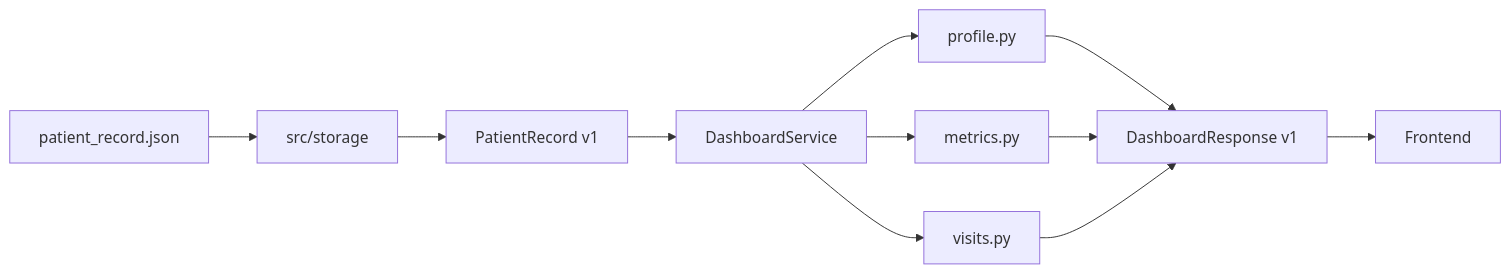
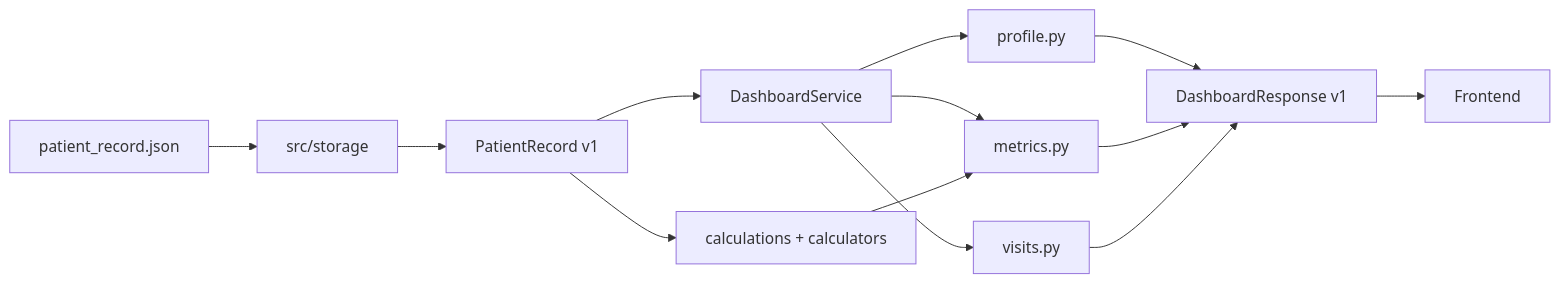
One commit to rsul07/MISDash changed the diagram in docs/backend.md. Above: the diagram before and after it, drawn with Mermaid. The commit also changed other lines of this file and 45 other files, not shown here.

````diff
--- a/docs/backend.md
+++ b/docs/backend.md
@@ -87,13 +123,15 @@
 ```mermaid
 flowchart LR
     JSON[patient_record.json] --> Repository[src/storage]
     Repository --> Record[PatientRecord v1]
     Record --> Service[DashboardService]
+    Record --> Calculators[calculations + calculators]
     Service --> Profile[profile.py]
     Service --> Metrics[metrics.py]
     Service --> Visits[visits.py]
+    Calculators --> Metrics
     Profile --> Response[DashboardResponse v1]
     Metrics --> Response
     Visits --> Response
     Response --> Frontend
 ```
````
